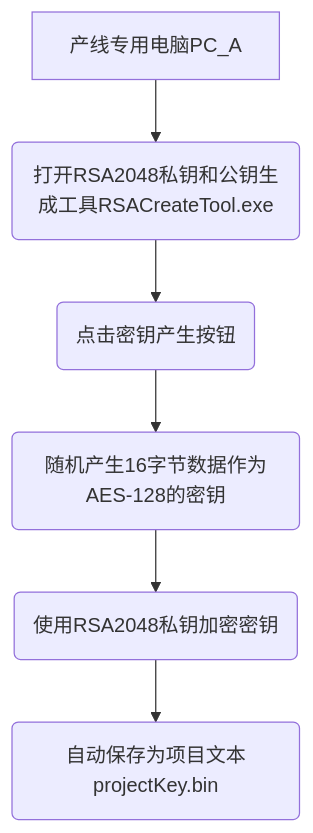
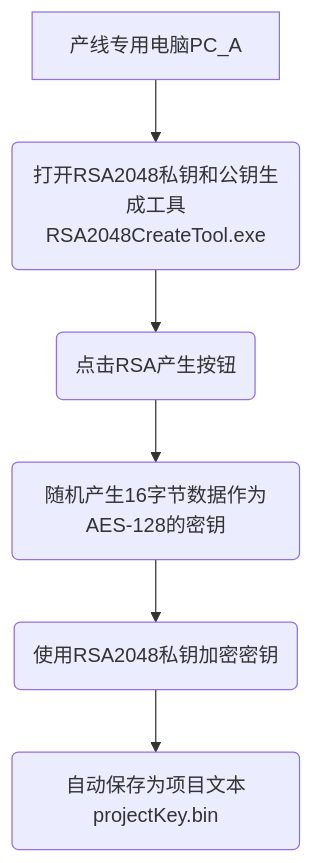
The diagram in all/未命名-10.md (facebook-cloud/iodraw-files), drawn with Mermaid before and after one commit.

Commit message:
2026-01-06 20:25:29 update

````diff
--- a/all/未命名-10.md
+++ b/all/未命名-10.md
@@ -1,8 +1,8 @@
 ```mermaid
 graph TD
-    A[产线专用电脑PC_A] --> B(打开RSA2048私钥和公钥生成工具RSACreateTool.exe)
-    B --> C(点击密钥产生按钮)
+    A[产线专用电脑PC_A] --> B(打开RSA2048私钥和公钥生成工具RSA2048CreateTool.exe)
+    B --> C(点击RSA产生按钮)
     C --> D(随机产生16字节数据作为AES-128的密钥)
     D --> E(使用RSA2048私钥加密密钥)
     E --> F(自动保存为项目文本projectKey.bin)
 ```
````
